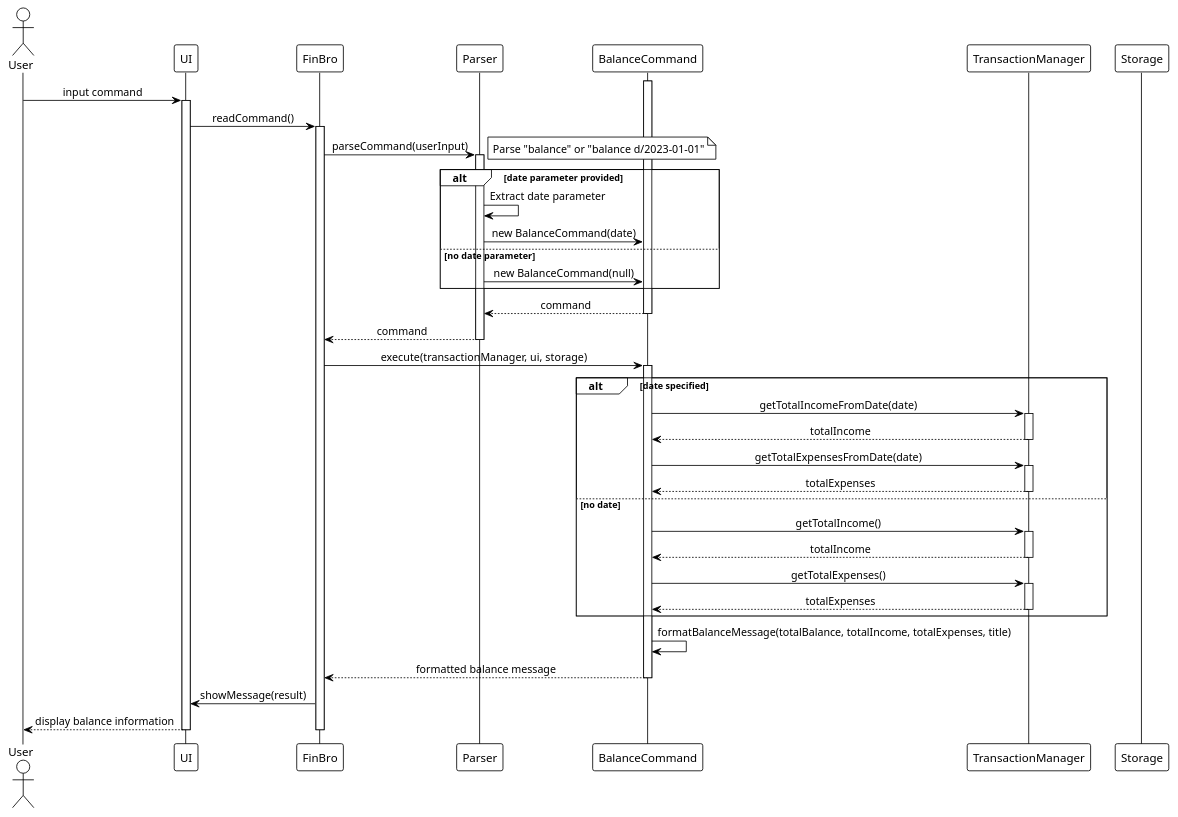
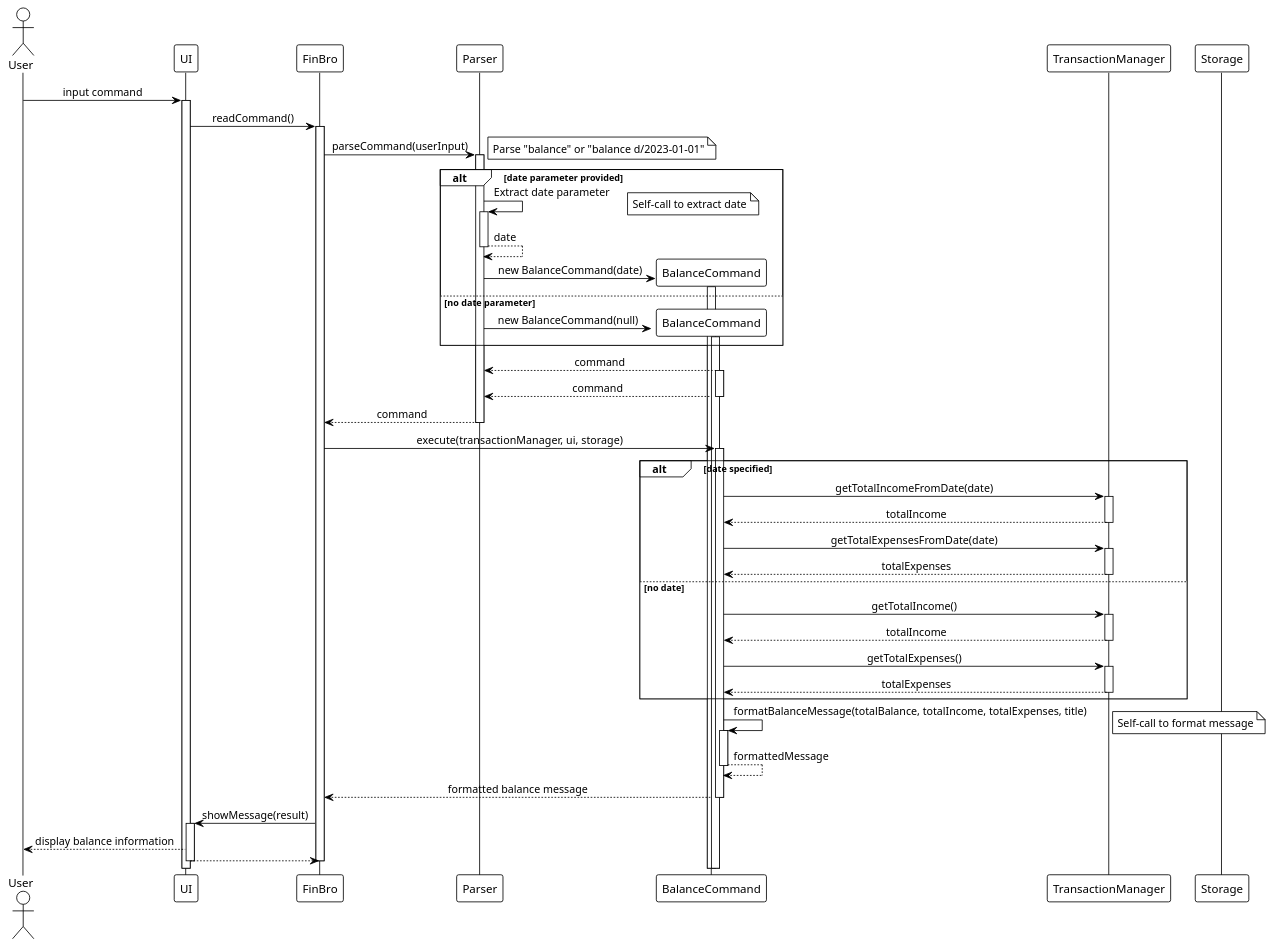
One commit to laitcanard05/tp changed the diagram in docs/diagrams/puml/sequence/sequence-balance.puml. Above: the diagram before and after it, drawn with PlantUML. The commit also changed 38 other files, not shown here.

```diff
--- a/docs/diagrams/puml/sequence/sequence-balance.puml
+++ b/docs/diagrams/puml/sequence/sequence-balance.puml
@@ -1,71 +1,90 @@
 @startuml
 !theme plain
 skinparam sequenceMessageAlign center
 skinparam responseMessageBelowArrow true
+skinparam lifelineStrategy nosolid
 
 actor "User" as User
 participant "UI" as UI
 participant "FinBro" as FinBro
 participant "Parser" as Parser
 participant "BalanceCommand" as BalanceCommand
 participant "TransactionManager" as TransactionMgr
 participant "Storage" as Storage
 
 User -> UI : input command
 activate UI
 
 UI -> FinBro : readCommand()
 activate FinBro
 
 FinBro -> Parser : parseCommand(userInput)
 activate Parser
 note right: Parse "balance" or "balance d/2023-01-01"
 
 alt date parameter provided
     Parser -> Parser : Extract date parameter
+    activate Parser
+    note right: Self-call to extract date
+    Parser --> Parser : date
+    deactivate Parser
+
+    create BalanceCommand
     Parser -> BalanceCommand : new BalanceCommand(date)
+    activate BalanceCommand
 else no date parameter
+    create BalanceCommand
     Parser -> BalanceCommand : new BalanceCommand(null)
+    activate BalanceCommand
 end
+
+BalanceCommand --> Parser : command
 
 activate BalanceCommand
 BalanceCommand --> Parser : command
 deactivate BalanceCommand
 Parser --> FinBro : command
 deactivate Parser
 
 FinBro -> BalanceCommand : execute(transactionManager, ui, storage)
 activate BalanceCommand
 
 alt date specified
     BalanceCommand -> TransactionMgr : getTotalIncomeFromDate(date)
     activate TransactionMgr
     TransactionMgr --> BalanceCommand : totalIncome
     deactivate TransactionMgr
 
     BalanceCommand -> TransactionMgr : getTotalExpensesFromDate(date)
     activate TransactionMgr
     TransactionMgr --> BalanceCommand : totalExpenses
     deactivate TransactionMgr
 else no date
     BalanceCommand -> TransactionMgr : getTotalIncome()
     activate TransactionMgr
     TransactionMgr --> BalanceCommand : totalIncome
     deactivate TransactionMgr
 
     BalanceCommand -> TransactionMgr : getTotalExpenses()
     activate TransactionMgr
     TransactionMgr --> BalanceCommand : totalExpenses
     deactivate TransactionMgr
 end
 
 BalanceCommand -> BalanceCommand : formatBalanceMessage(totalBalance, totalIncome, totalExpenses, title)
+activate BalanceCommand
+note right: Self-call to format message
+BalanceCommand --> BalanceCommand : formattedMessage
+deactivate BalanceCommand
+
 BalanceCommand --> FinBro : formatted balance message
 deactivate BalanceCommand
 
 FinBro -> UI : showMessage(result)
+activate UI
 UI --> User : display balance information
+UI --> FinBro
 deactivate UI
 deactivate FinBro
 
 @enduml
```
